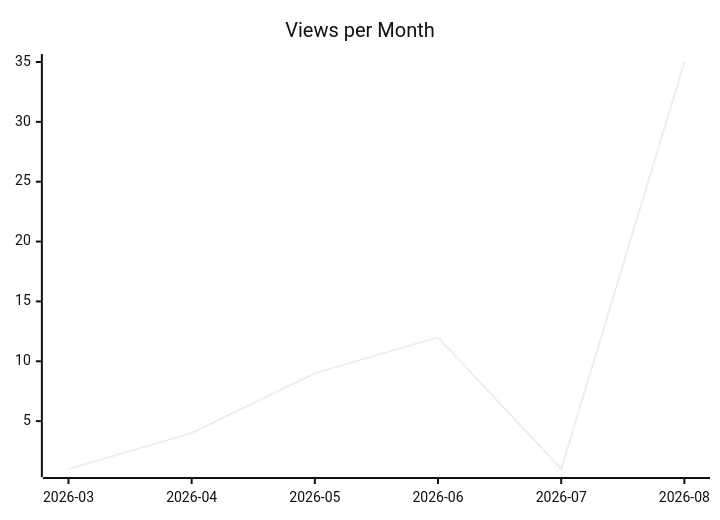
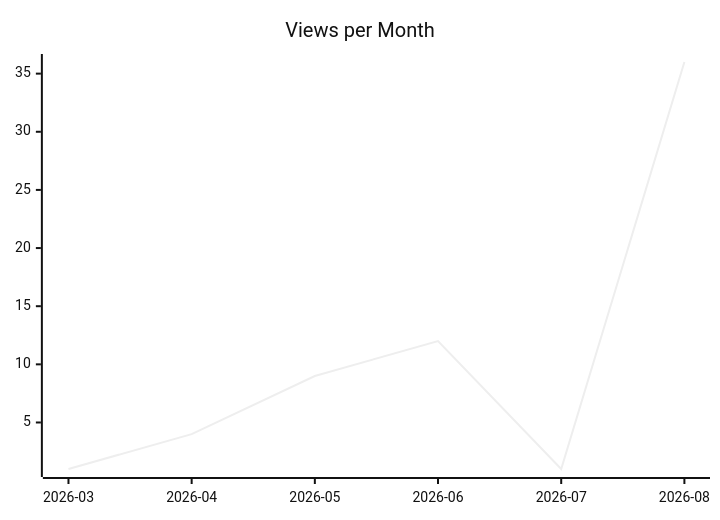
The second of 3 diagrams in justdavis-family/justdavis/README.md (justdavis-family/github-analytics-data), drawn with Mermaid (neutral theme) before and after one commit. The commit also changed other lines of this file and 185 other files, not shown here.

````diff
--- a/justdavis-family/justdavis/README.md
+++ b/justdavis-family/justdavis/README.md
@@ -12,6 +12,6 @@
 ```mermaid
 xychart-beta
   title "Views per Month"
   x-axis ["2026-03", "2026-04", "2026-05", "2026-06", "2026-07", "2026-08"]
-  line [1, 4, 9, 12, 1, 35]
+  line [1, 4, 9, 12, 1, 36]
 ```
````
